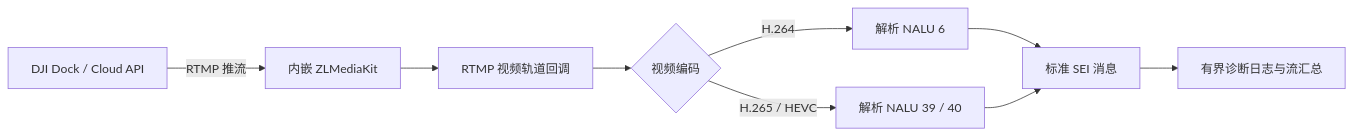
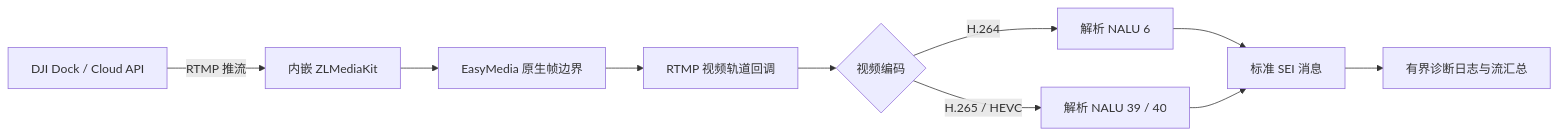
One commit to Secret799/simple-secret changed the second of 2 diagrams in README.md. Above: the diagram before and after it, drawn with Mermaid. The commit also changed other lines of this file and 23 other files, not shown here.

````diff
--- a/README.md
+++ b/README.md
@@ -1228,11 +1228,12 @@
 ```mermaid
 flowchart LR
     DJI["DJI Dock / Cloud API"] -->|"RTMP 推流"| ZLM["内嵌 ZLMediaKit"]
-    ZLM --> TRACK["RTMP 视频轨道回调"]
+    ZLM --> BRIDGE["EasyMedia 原生帧边界"]
+    BRIDGE --> TRACK["RTMP 视频轨道回调"]
     TRACK --> CODEC{"视频编码"}
     CODEC -->|"H.264"| H264["解析 NALU 6"]
     CODEC -->|"H.265 / HEVC"| H265["解析 NALU 39 / 40"]
     H264 --> SEI["标准 SEI 消息"]
     H265 --> SEI
     SEI --> LOG["有界诊断日志与流汇总"]
 ```
````
